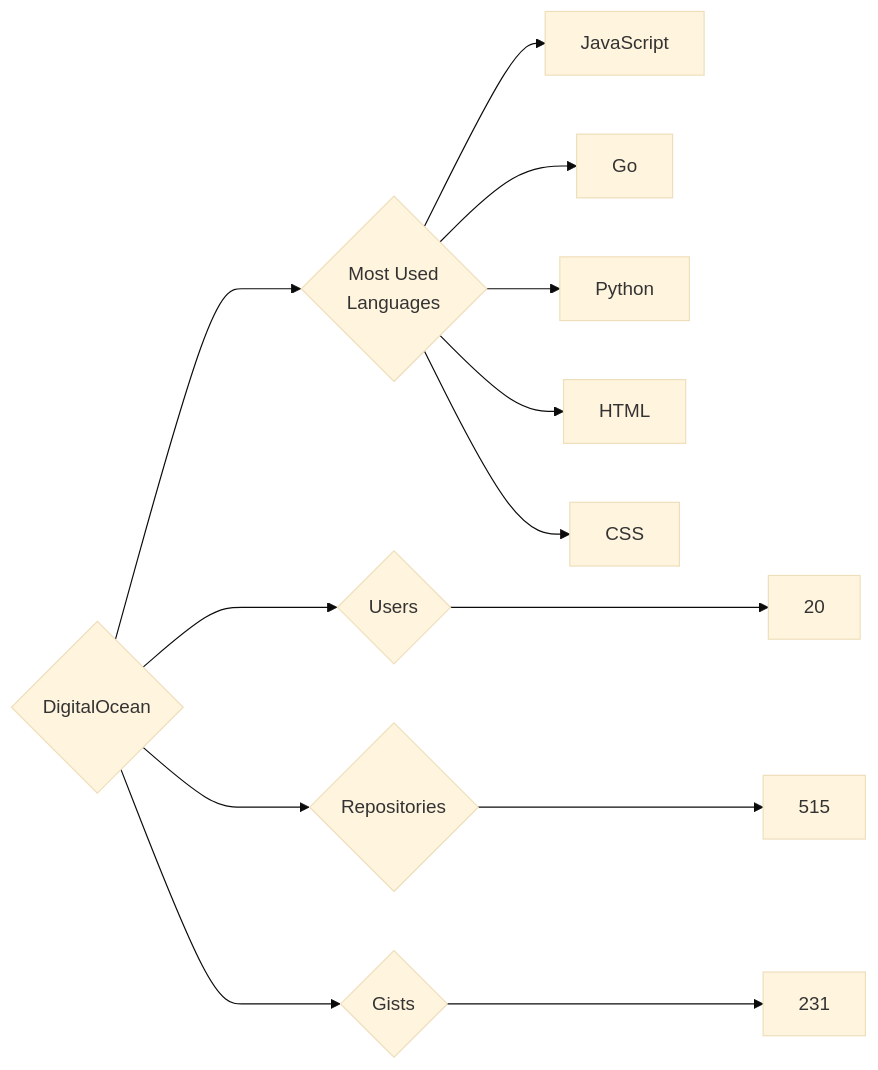
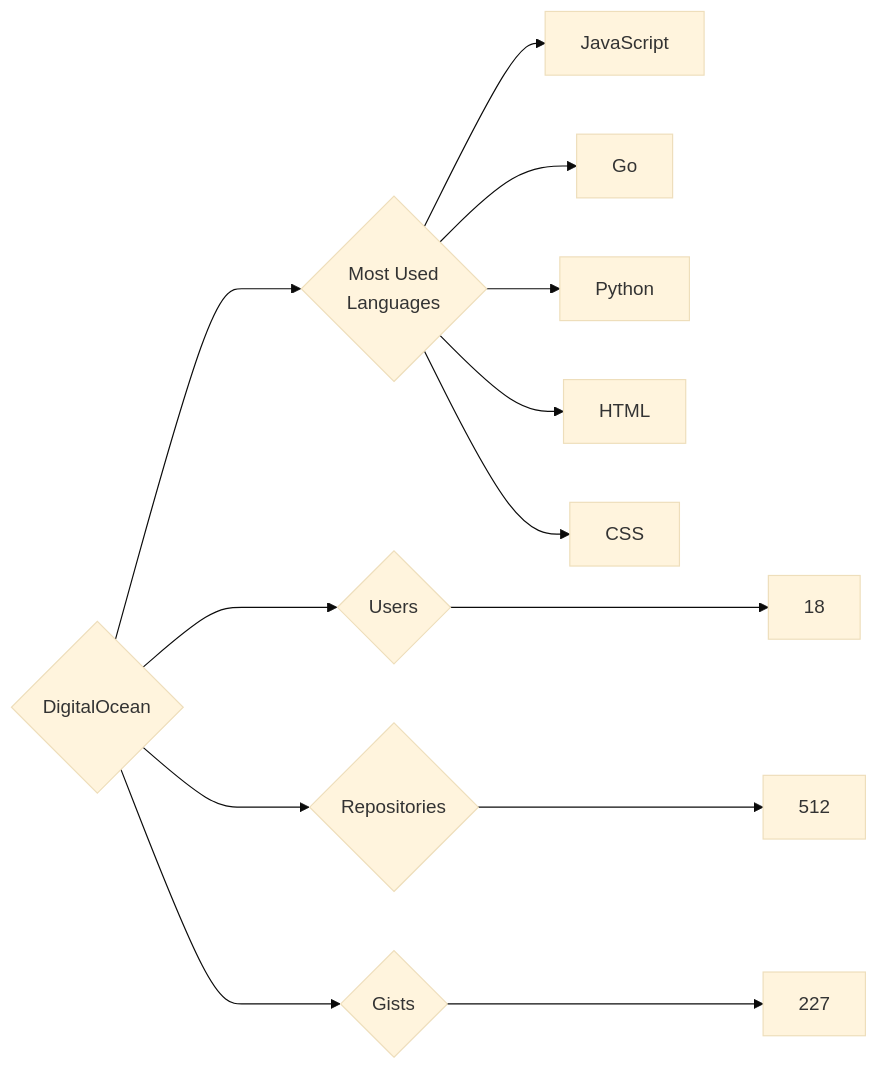
One commit to trickest/insiders changed the diagram in targets/DigitalOcean/README.md. Above: the diagram before and after it, drawn with Mermaid (base theme). The commit also changed 809 other files, not shown here.

````diff
--- a/targets/DigitalOcean/README.md
+++ b/targets/DigitalOcean/README.md
@@ -3,13 +3,13 @@
 ```mermaid
 graph LR
 COMPANY_NAME{DigitalOcean}
-COMPANY_NAME ---> U{Users} ---> UN[20]
-COMPANY_NAME ---> R{Repositories} ---> RN[515]
-COMPANY_NAME ---> G{Gists} ---> GN[231]
+COMPANY_NAME ---> U{Users} ---> UN[18]
+COMPANY_NAME ---> R{Repositories} ---> RN[512]
+COMPANY_NAME ---> G{Gists} ---> GN[227]
 COMPANY_NAME ---> ML{Most Used<br>Languages}
 ML --> JavaScript[JavaScript]
 ML --> Go[Go]
 ML --> Python[Python]
 ML --> HTML[HTML]
 ML --> CSS[CSS]
 ```
````
